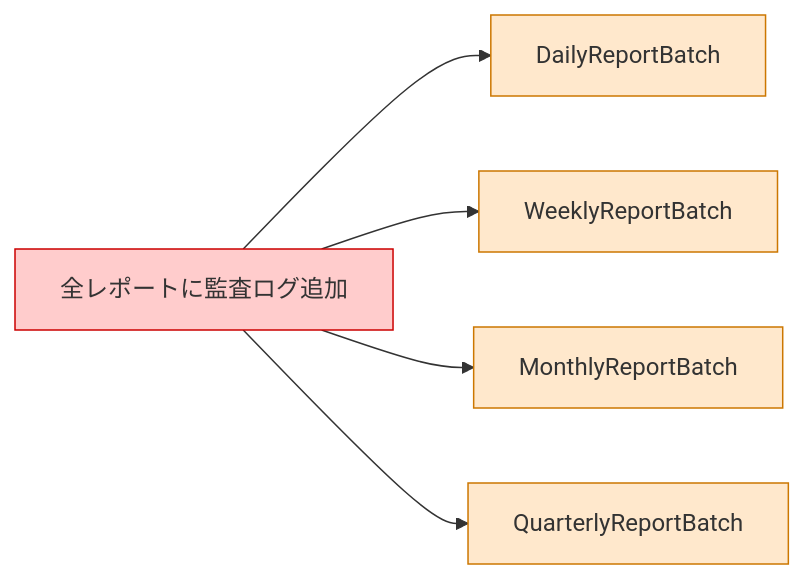
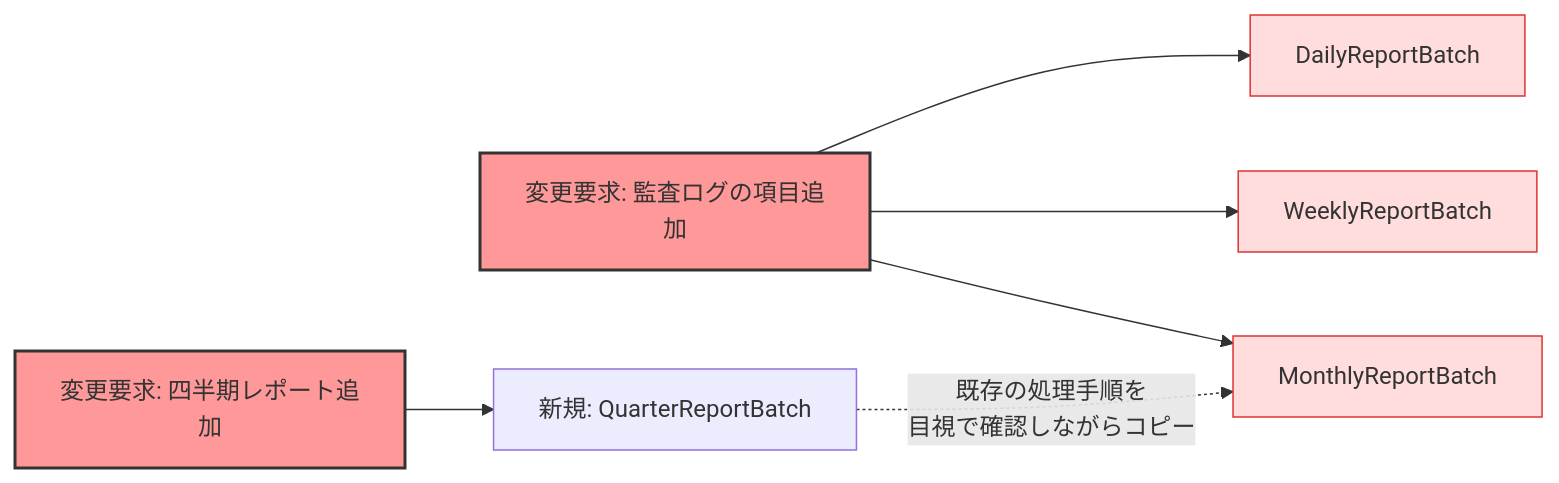
Before and after one commit to kumachan1101-pixel/DesignPattern: the third of 6 diagrams in kindle/design-patterns/output/chapter04.md, drawn with Mermaid. The commit also changed other lines of this file and 1 other file, not shown here.

````diff
--- a/kindle/design-patterns/output/chapter04.md
+++ b/kindle/design-patterns/output/chapter04.md
@@ -317,13 +356,15 @@
 ```mermaid
 graph LR
-    ChangeRequest[全レポートに監査ログ追加] --> DailyReportBatch
-    ChangeRequest --> WeeklyReportBatch
-    ChangeRequest --> MonthlyReportBatch
-    ChangeRequest --> QuarterlyReportBatch
+    Req1[変更要求: 監査ログの項目追加] --> DailyReportBatch
+    Req1 --> WeeklyReportBatch
+    Req1 --> MonthlyReportBatch
 
-    style ChangeRequest fill:#ffcccc,stroke:#cc0000
-    style DailyReportBatch fill:#ffe8cc,stroke:#cc7700
-    style WeeklyReportBatch fill:#ffe8cc,stroke:#cc7700
-    style MonthlyReportBatch fill:#ffe8cc,stroke:#cc7700
-    style QuarterlyReportBatch fill:#ffe8cc,stroke:#cc7700
+    Req2[変更要求: 四半期レポート追加] --> QuarterReportBatch[新規: QuarterReportBatch]
+    QuarterReportBatch -.-> |既存の処理手順を<br>目視で確認しながらコピー| MonthlyReportBatch
+
+    style Req1 fill:#ff9999,stroke:#333,stroke-width:2px
+    style Req2 fill:#ff9999,stroke:#333,stroke-width:2px
+    style DailyReportBatch fill:#fdd,stroke:#d33
+    style WeeklyReportBatch fill:#fdd,stroke:#d33
+    style MonthlyReportBatch fill:#fdd,stroke:#d33
 ```
````
